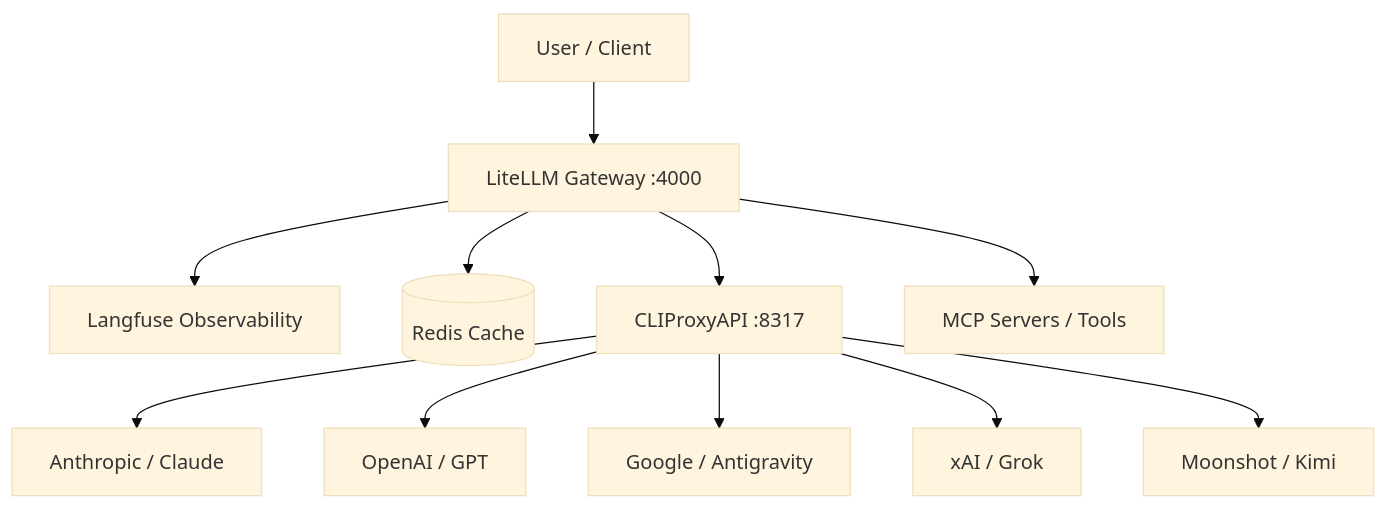
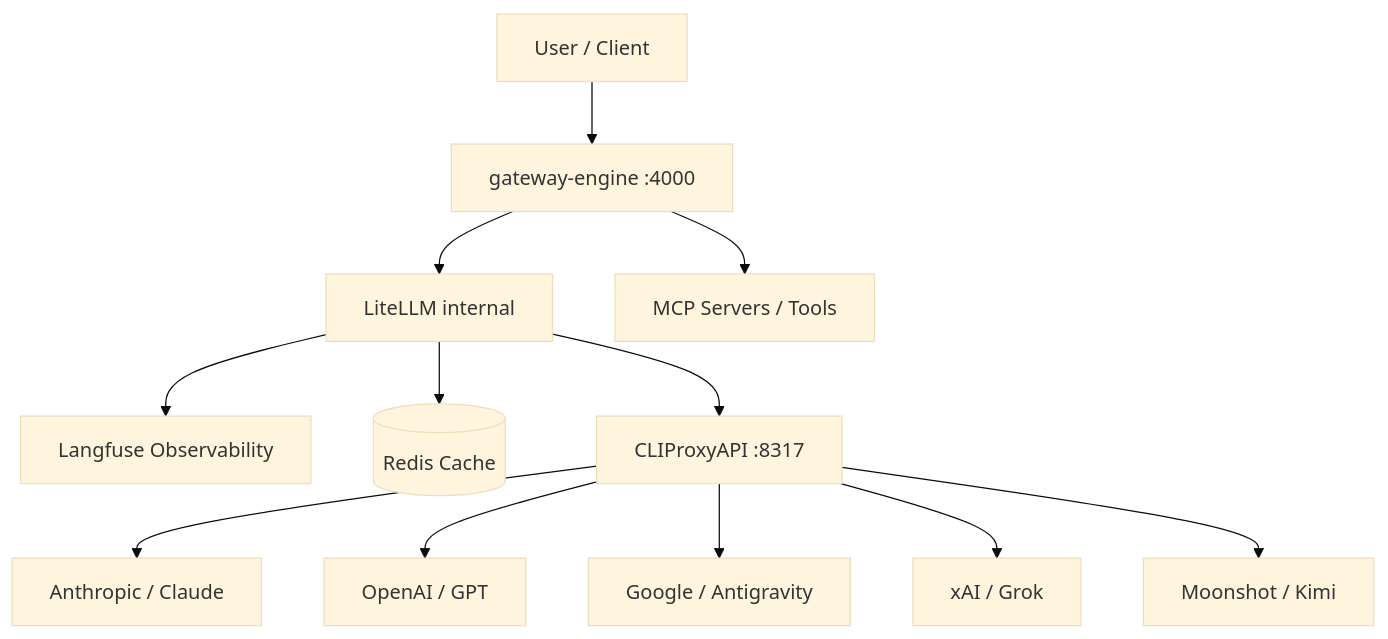
Before and after one commit to echoares-lab/ai-gateway: the diagram in README.md, drawn with Mermaid (base theme). The commit also changed other lines of this file and 13 other files, not shown here.

````diff
--- a/README.md
+++ b/README.md
@@ -103,13 +105,14 @@
 ```mermaid
 graph TD
-    User[User / Client] --> LiteLLM[LiteLLM Gateway :4000]
+    User[User / Client] --> GE[gateway-engine :4000]
+    GE --> LiteLLM[LiteLLM internal]
     LiteLLM --> Langfuse[Langfuse Observability]
     LiteLLM --> Cache[(Redis Cache)]
     LiteLLM --> CLIProxy[CLIProxyAPI :8317]
     CLIProxy --> Anthropic[Anthropic / Claude]
     CLIProxy --> OpenAI[OpenAI / GPT]
     CLIProxy --> Google[Google / Antigravity]
     CLIProxy --> xAI[xAI / Grok]
     CLIProxy --> Kimi[Moonshot / Kimi]
-    LiteLLM --> MCP[MCP Servers / Tools]
+    GE --> MCP[MCP Servers / Tools]
 ```
````
